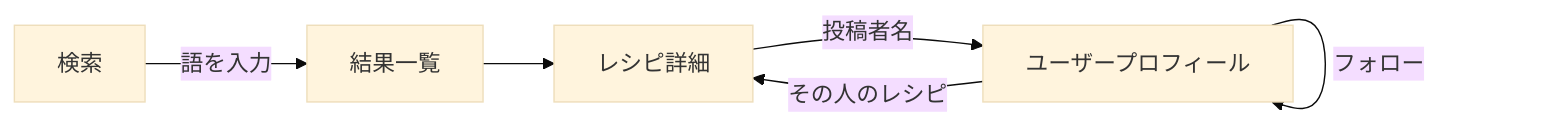
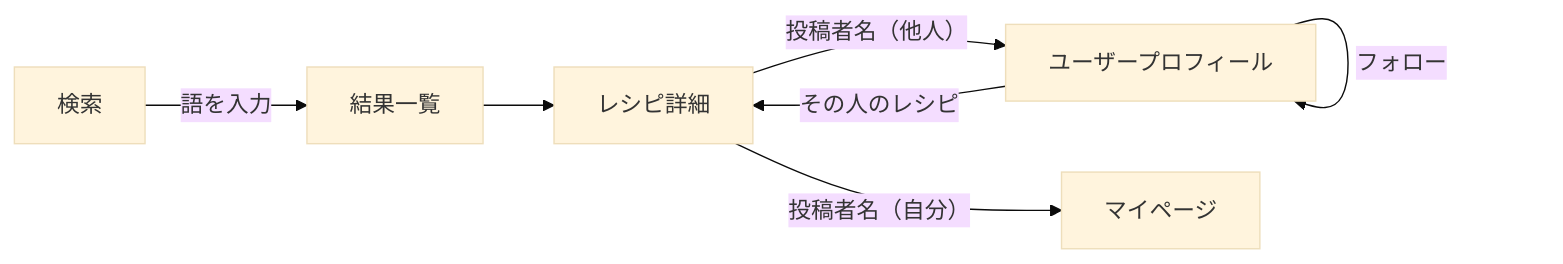
Before and after one commit to yamamotonaoki3/Recipi: the fourth of 7 diagrams in docs/requirements/screens/transitions.md, drawn with Mermaid (base theme). The commit also changed other lines of this file and 2 other files, not shown here.

First line of the commit message:
docs: 画面の実装レイヤー図を navigation.md に追加

````diff
--- a/docs/requirements/screens/transitions.md
+++ b/docs/requirements/screens/transitions.md
@@ -75,8 +77,9 @@
 ```mermaid
 flowchart LR
     S[検索] -->|語を入力| SR[結果一覧]
     SR --> D[レシピ詳細]
-    D -->|投稿者名| U[ユーザープロフィール]
+    D -->|投稿者名（他人）| U[ユーザープロフィール]
+    D -->|投稿者名（自分）| M[マイページ]
     U -->|フォロー| U
     U -->|その人のレシピ| D
 ```
````
